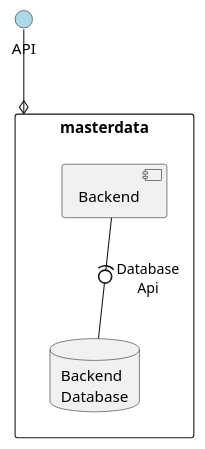
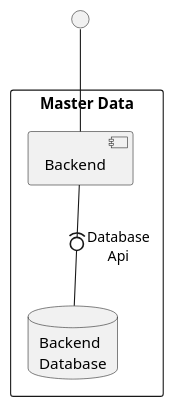
The diagram in docs/sprint_1/global_artifacts/arquitecture/level_3/logic_views/l3_logic_view.puml (BernasDzn/portit), drawn with PlantUML before and after one commit. The commit also changed 5 other files, not shown here.

```diff
--- a/docs/sprint_1/global_artifacts/arquitecture/level_3/logic_views/l3_logic_view.puml
+++ b/docs/sprint_1/global_artifacts/arquitecture/level_3/logic_views/l3_logic_view.puml
@@ -1,19 +1,19 @@
 @startuml logicview_n3
 skinparam Linetype polyline
 
 
-circle "API" as api #LightBlue
-
-api --o masterdata
+circle " " as api
 
 rectangle "Master Data" as masterdata {
 	
 	[Backend] as backend
 
 	database "Backend\nDatabase" as database
 
-} 
+}
+
+api -- backend
 
 backend -(0- database : "Database\nApi"
 
 @enduml
```
